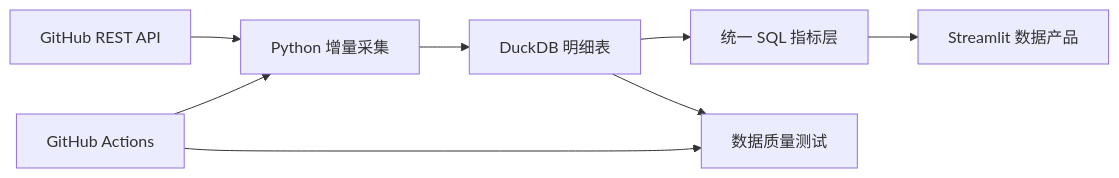
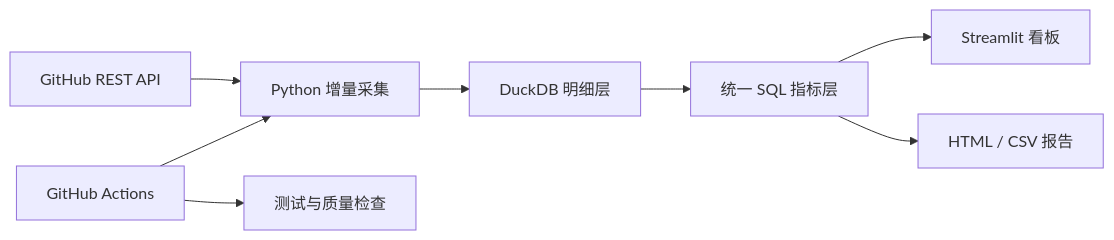
One commit to MeaFew/RepoPulse changed the diagram in README.md. Above: the diagram before and after it, drawn with Mermaid. The commit also changed other lines of this file and 28 other files, not shown here.

````diff
--- a/README.md
+++ b/README.md
@@ -25,10 +99,10 @@
 ```mermaid
 flowchart LR
     A["GitHub REST API"] --> B["Python 增量采集"]
-    B --> C["DuckDB 明细表"]
+    B --> C["DuckDB 明细层"]
     C --> D["统一 SQL 指标层"]
-    D --> E["Streamlit 数据产品"]
-    C --> F["数据质量测试"]
+    D --> E["Streamlit 看板"]
+    D --> F["HTML / CSV 报告"]
     G["GitHub Actions"] --> B
-    G --> F
+    G --> H["测试与质量检查"]
 ```
````
